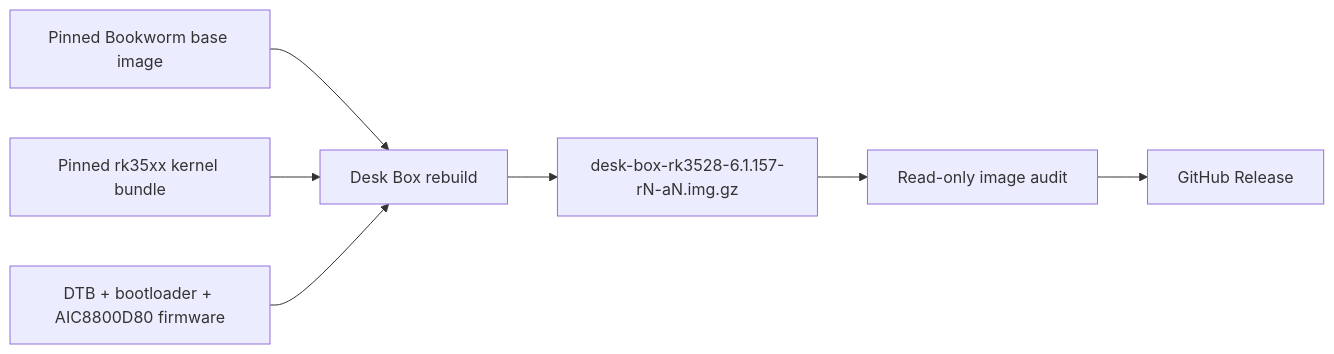
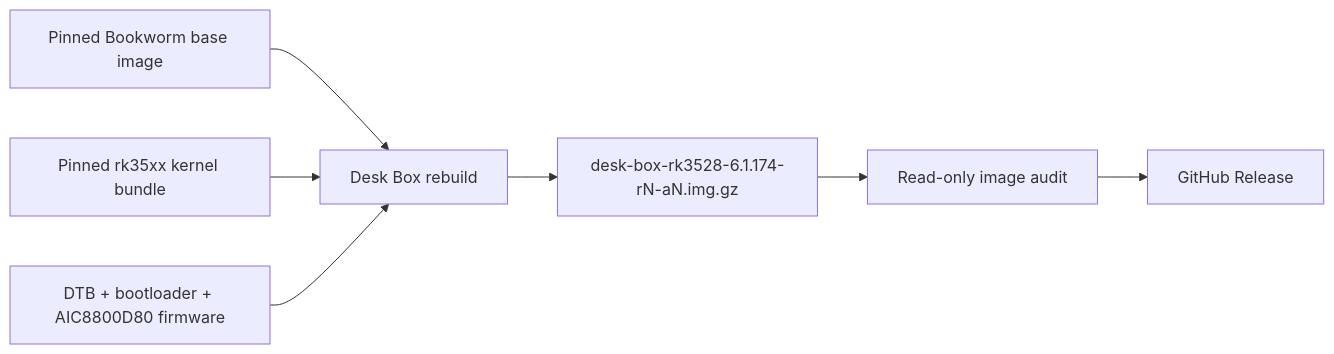
One commit to hudrucan/xiaozhi-desk-box changed the diagram in README.md. Above: the diagram before and after it, drawn with Mermaid. The commit also changed other lines of this file and 14 other files, not shown here.

````diff
--- a/README.md
+++ b/README.md
@@ -97,9 +99,9 @@
 ```mermaid
 flowchart LR
     base["Pinned Bookworm base image"] --> rebuild["Desk Box rebuild"]
     kernel["Pinned rk35xx kernel bundle"] --> rebuild
     payloads["DTB + bootloader + AIC8800D80 firmware"] --> rebuild
-    rebuild --> image["desk-box-rk3528-6.1.157-rN-aN.img.gz"]
+    rebuild --> image["desk-box-rk3528-6.1.174-rN-aN.img.gz"]
     image --> audit["Read-only image audit"]
     audit --> release["GitHub Release"]
 ```
````
